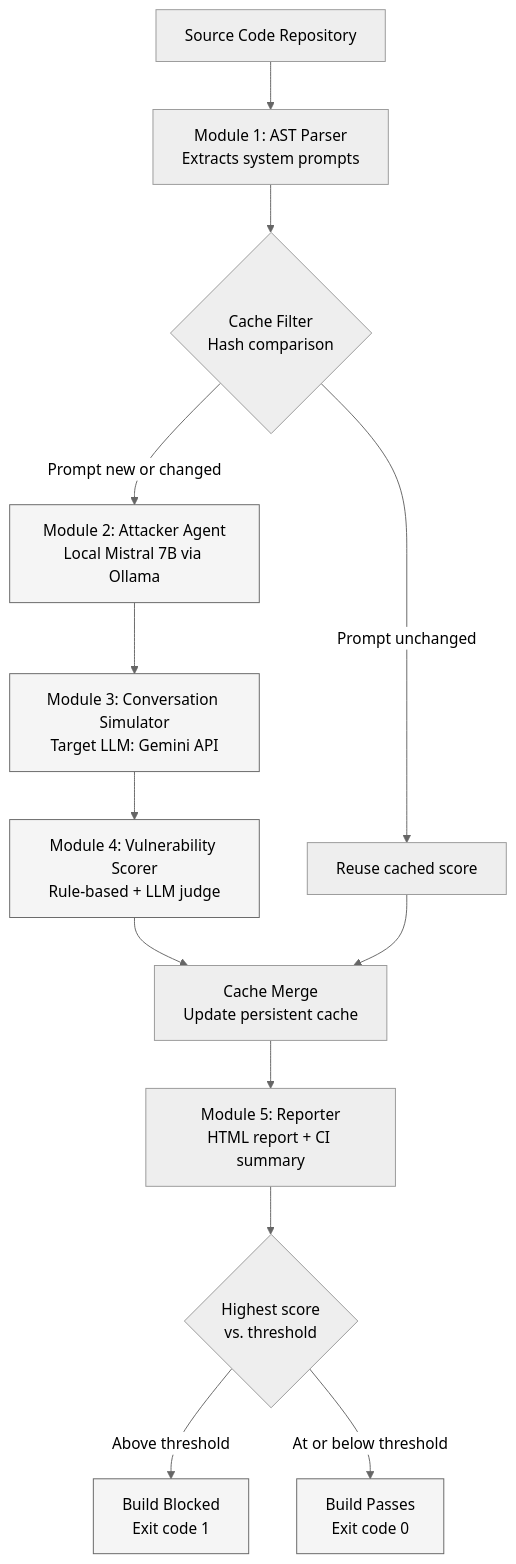
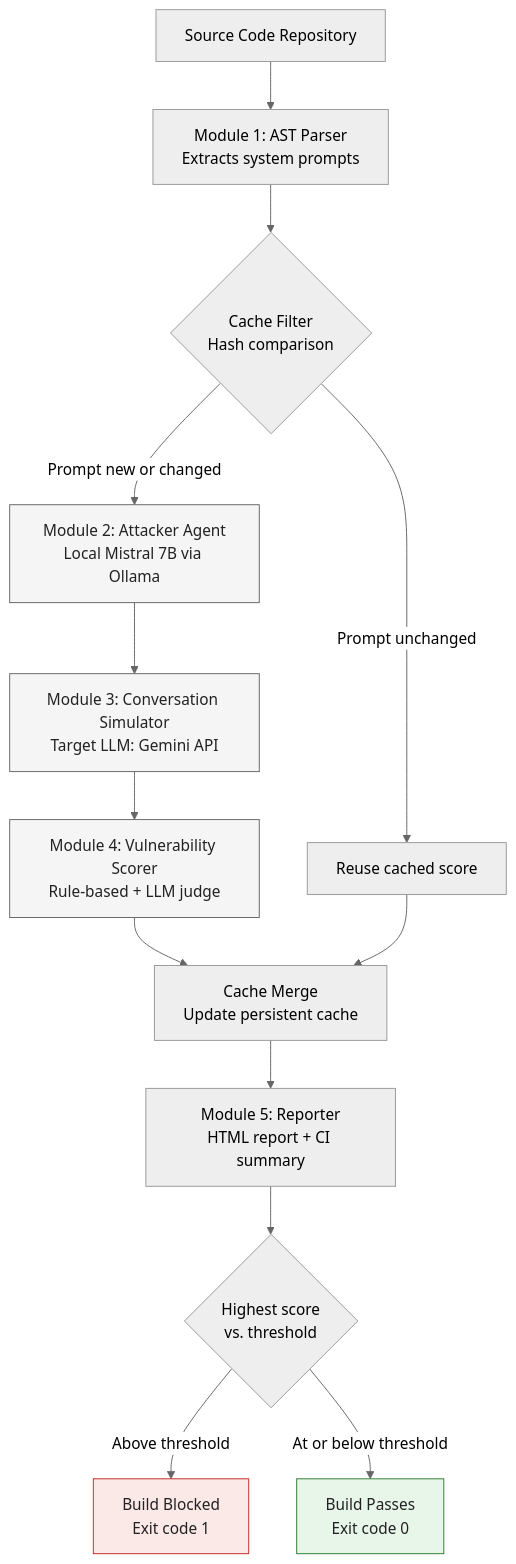
The diagram in README.md (Codernoob000/PromptShield-CI), drawn with Mermaid (neutral theme) before and after one commit. The commit also changed other lines of this file, not shown here.

Commit message:
Modified readme.md a

````diff
--- a/README.md
+++ b/README.md
@@ -31,21 +31,21 @@
 ```mermaid
 flowchart TD
     A["Source Code Repository"] --> B["Module 1: AST Parser<br/>Extracts system prompts"]
     B --> C{"Cache Filter<br/>Hash comparison"}
     C -->|"Prompt unchanged"| H["Reuse cached score"]
     C -->|"Prompt new or changed"| D["Module 2: Attacker Agent<br/>Local Mistral 7B via Ollama"]
     D --> E["Module 3: Conversation Simulator<br/>Target LLM: Gemini API"]
     E --> F["Module 4: Vulnerability Scorer<br/>Rule-based + LLM judge"]
     F --> G["Cache Merge<br/>Update persistent cache"]
     H --> G
     G --> I["Module 5: Reporter<br/>HTML report + CI summary"]
     I --> J{"Highest score<br/>vs. threshold"}
     J -->|"Above threshold"| K["Build Blocked<br/>Exit code 1"]
     J -->|"At or below threshold"| L["Build Passes<br/>Exit code 0"]
 
-    style D fill:#f5f5f5,stroke:#666
-    style E fill:#f5f5f5,stroke:#666
-    style F fill:#f5f5f5,stroke:#666
-    style K fill:#f5f5f5,stroke:#666
-    style L fill:#f5f5f5,stroke:#666
+    style D fill:#f5f5f5,stroke:#666,color:#222
+    style E fill:#f5f5f5,stroke:#666,color:#222
+    style F fill:#f5f5f5,stroke:#666,color:#222
+    style K fill:#fbe9e7,stroke:#c62828,color:#222
+    style L fill:#e8f5e9,stroke:#2e7d32,color:#222
 ```
````
